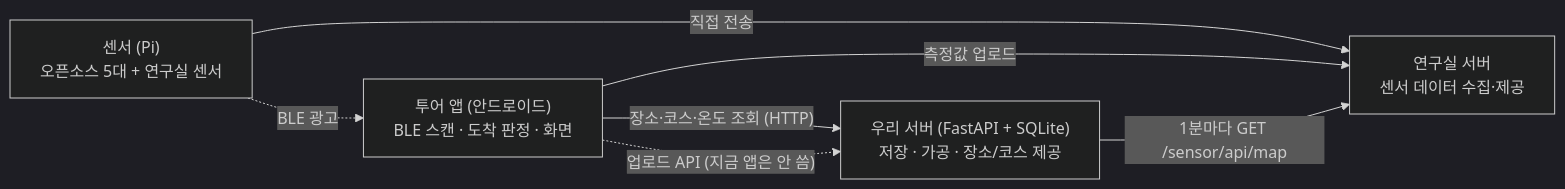
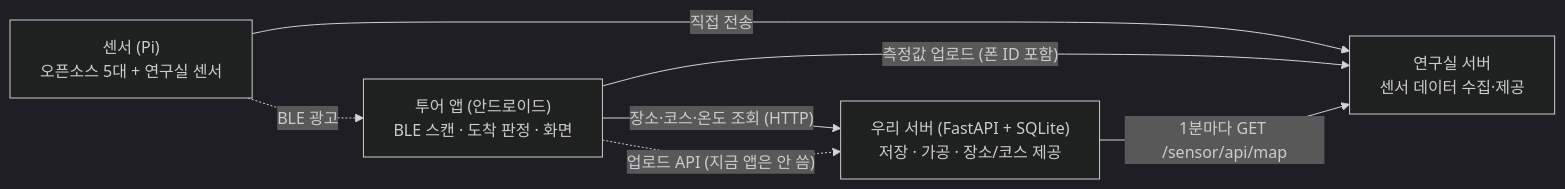
One commit to C-sewon/CampusTourGuide changed the first of 8 diagrams in docs/backend-design.md. Above: the diagram before and after it, drawn with Mermaid (dark theme). The commit also changed other lines of this file and 1 other file, not shown here.

````diff
--- a/docs/backend-design.md
+++ b/docs/backend-design.md
@@ -25,14 +25,14 @@
 ```mermaid
 flowchart LR
     PI["센서 (Pi)<br/>오픈소스 5대 + 연구실 센서"]
     LAB["연구실 서버<br/>센서 데이터 수집·제공"]
     SRV["우리 서버 (FastAPI + SQLite)<br/>저장 · 가공 · 장소/코스 제공"]
     APP["투어 앱 (안드로이드)<br/>BLE 스캔 · 도착 판정 · 화면"]
 
     PI -- "직접 전송" --> LAB
     PI -. "BLE 광고" .-> APP
-    APP -- "측정값 업로드" --> LAB
+    APP -- "측정값 업로드 (폰 ID 포함)" --> LAB
     SRV -- "1분마다 GET /sensor/api/map" --> LAB
     APP -- "장소·코스·온도 조회 (HTTP)" --> SRV
     APP -. "업로드 API (지금 앱은 안 씀)" .-> SRV
 ```
````
